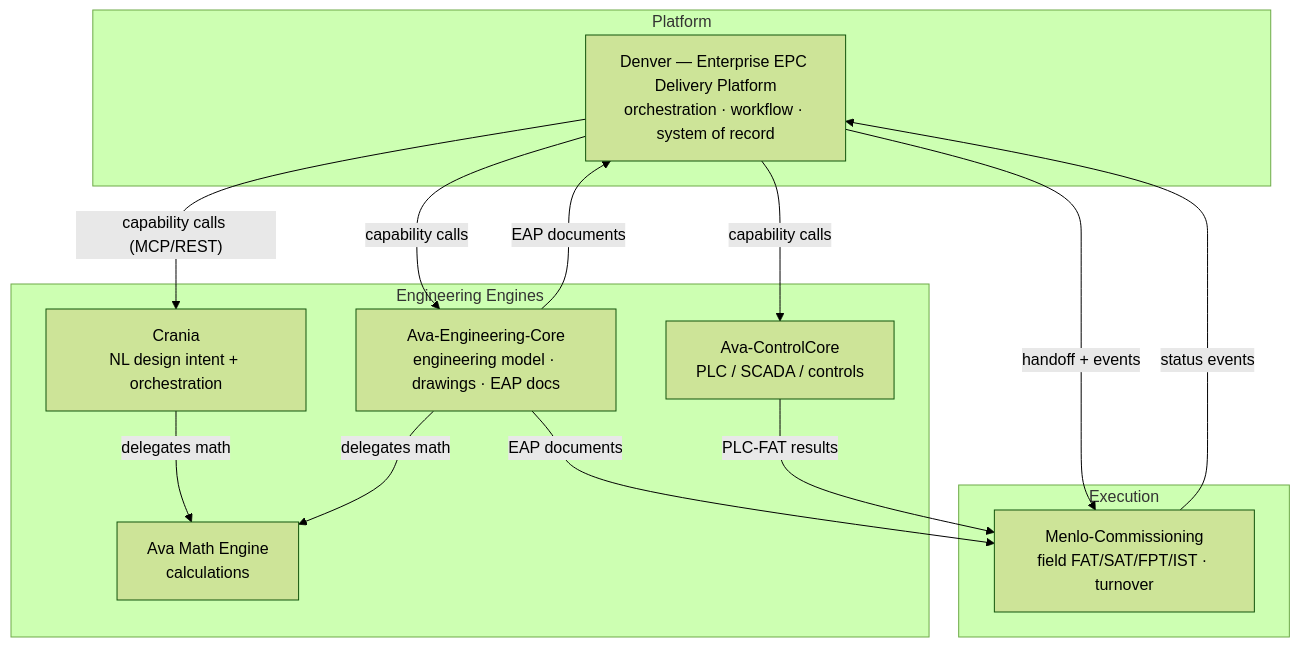
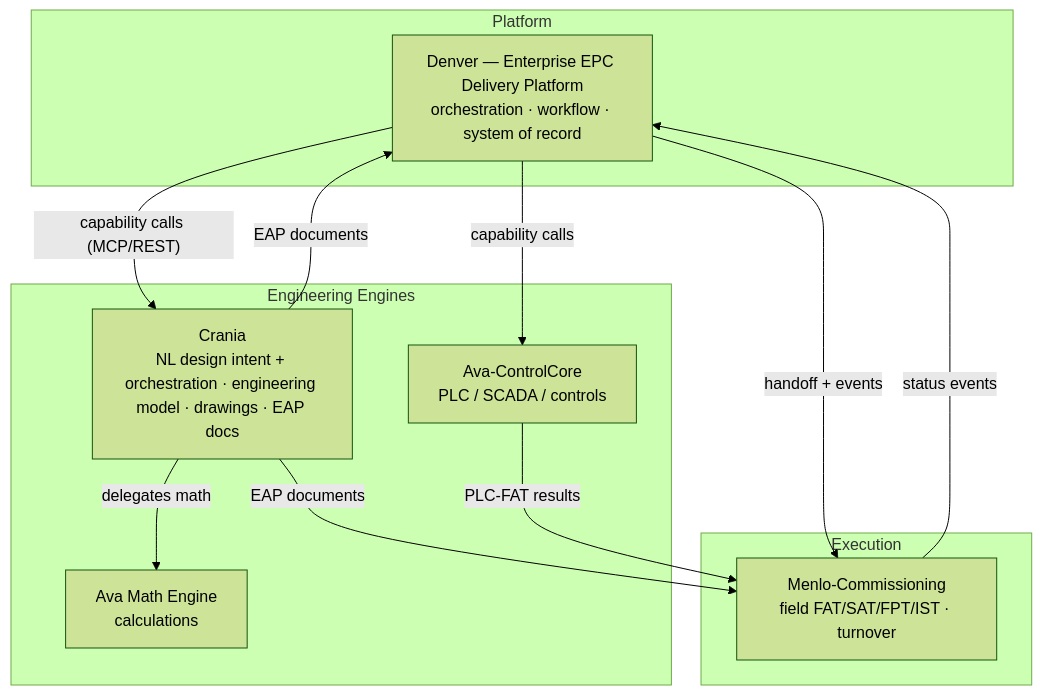
Before and after one commit to ral197979/jarvis-epc: the first of 8 diagrams in REFERENCE_ARCHITECTURE.md, drawn with Mermaid (forest theme). The commit also changed other lines of this file and 17 other files, not shown here.

First line of the commit message:
refactor(federation): Crania absorbs Ava-Engineering-Core (AEC)

````diff
--- a/REFERENCE_ARCHITECTURE.md
+++ b/REFERENCE_ARCHITECTURE.md
@@ -41,26 +41,23 @@
 ```mermaid
 flowchart TD
     subgraph Platform
       Denver["Denver — Enterprise EPC Delivery Platform<br/>orchestration · workflow · system of record"]
     end
     subgraph Engineering Engines
-      Crania["Crania<br/>NL design intent + orchestration"]
-      AEC["Ava-Engineering-Core<br/>engineering model · drawings · EAP docs"]
+      Crania["Crania<br/>NL design intent + orchestration · engineering model · drawings · EAP docs"]
       Math["Ava Math Engine<br/>calculations"]
       Control["Ava-ControlCore<br/>PLC / SCADA / controls"]
     end
     subgraph Execution
       Menlo["Menlo-Commissioning<br/>field FAT/SAT/FPT/IST · turnover"]
     end
 
     Denver -- "capability calls (MCP/REST)" --> Crania
-    Denver -- "capability calls" --> AEC
     Denver -- "capability calls" --> Control
     Denver -- "handoff + events" --> Menlo
     Crania -- "delegates math" --> Math
-    AEC -- "delegates math" --> Math
-    AEC -- "EAP documents" --> Menlo
-    AEC -- "EAP documents" --> Denver
+    Crania -- "EAP documents" --> Menlo
+    Crania -- "EAP documents" --> Denver
     Control -- "PLC-FAT results" --> Menlo
     Menlo -- "status events" --> Denver
 ```
````
